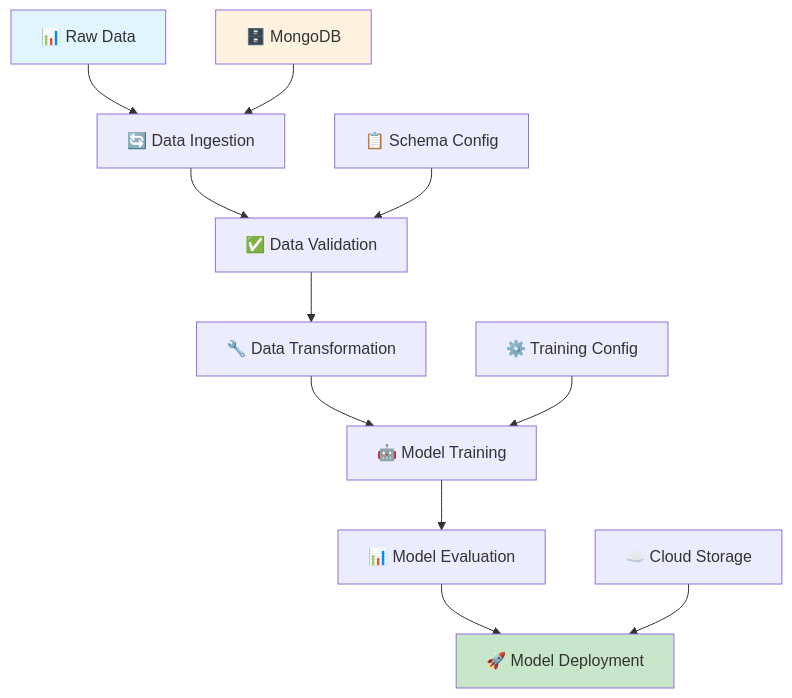
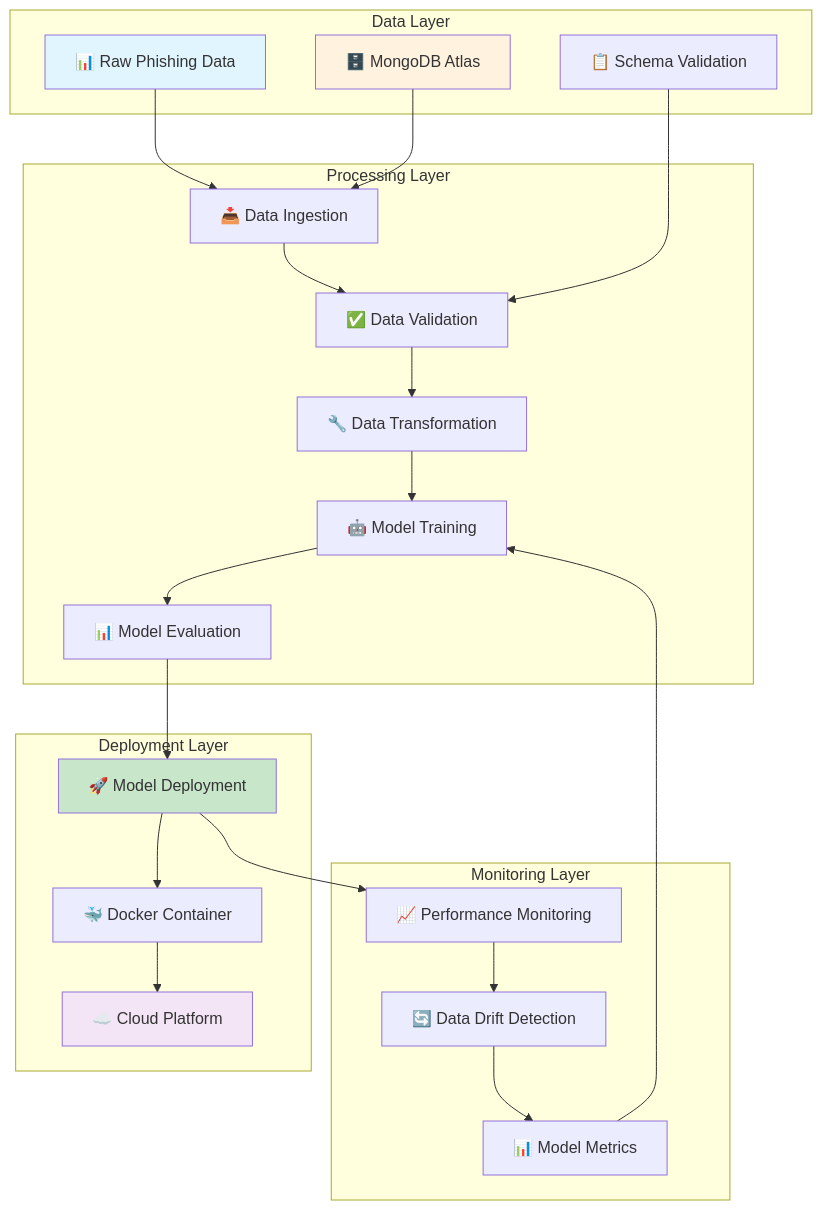
One commit to Charan703/E2E_NetworkSecurity changed the first of 5 diagrams in README.md. Above: the diagram before and after it, drawn with Mermaid. The commit also changed other lines of this file and 8 other files, not shown here.

Commit message:
Data Transformation commit

````diff
--- a/README.md
+++ b/README.md
@@ -39,18 +50,49 @@
 ```mermaid
 graph TB
-    A[📊 Raw Data] --> B[🔄 Data Ingestion]
-    B --> C[✅ Data Validation]
-    C --> D[🔧 Data Transformation]
-    D --> E[🤖 Model Training]
-    E --> F[📊 Model Evaluation]
-    F --> G[🚀 Model Deployment]
+    subgraph "Data Layer"
+        A[📊 Raw Phishing Data]
+        B[🗄️ MongoDB Atlas]
+        C[📋 Schema Validation]
+    end
     
-    H[🗄️ MongoDB] --> B
-    I[📋 Schema Config] --> C
-    J[⚙️ Training Config] --> E
-    K[☁️ Cloud Storage] --> G
+    subgraph "Processing Layer"
+        D[📥 Data Ingestion]
+        E[✅ Data Validation]
+        F[🔧 Data Transformation]
+        G[🤖 Model Training]
+        H[📊 Model Evaluation]
+    end
+    
+    subgraph "Deployment Layer"
+        I[🚀 Model Deployment]
+        J[🐳 Docker Container]
+        K[☁️ Cloud Platform]
+    end
+    
+    subgraph "Monitoring Layer"
+        L[📈 Performance Monitoring]
+        M[🔄 Data Drift Detection]
+        N[📊 Model Metrics]
+    end
+    
+    A --> D
+    B --> D
+    C --> E
+    D --> E
+    E --> F
+    F --> G
+    G --> H
+    H --> I
+    I --> J
+    J --> K
+    
+    I --> L
+    L --> M
+    M --> N
+    N --> G
     
     style A fill:#e1f5fe
-    style G fill:#c8e6c9
-    style H fill:#fff3e0
+    style I fill:#c8e6c9
+    style B fill:#fff3e0
+    style K fill:#f3e5f5
 ```
````
